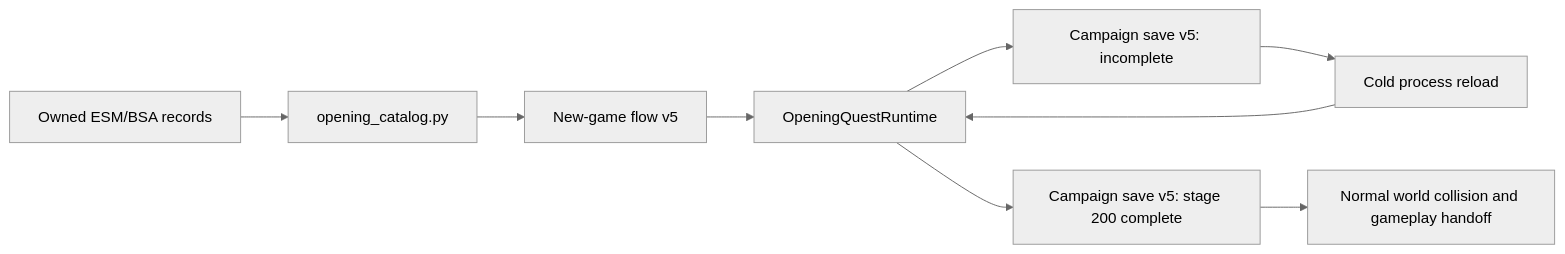
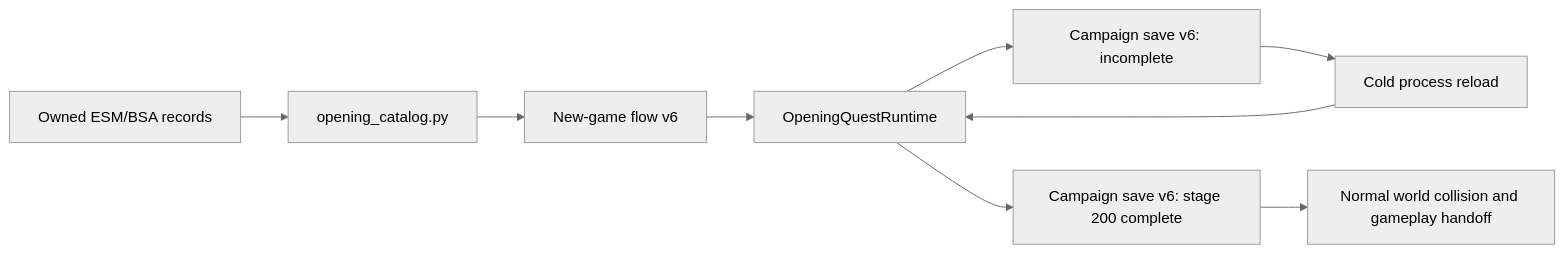
The fifth of 6 diagrams in docs/architecture.md (nikamigaming-create/OpenNV), drawn with Mermaid (neutral theme) before and after one commit. The commit also changed other lines of this file and 1 other file, not shown here.

Commit message:
docs: preserve nightly OpenNV checkpoint

````diff
--- a/docs/architecture.md
+++ b/docs/architecture.md
@@ -207,11 +215,11 @@
 ```mermaid
 flowchart LR
     Owned[Owned ESM/BSA records] --> Compiler[opening_catalog.py]
-    Compiler --> Flow[New-game flow v5]
+    Compiler --> Flow[New-game flow v6]
     Flow --> Interpreter[OpeningQuestRuntime]
-    Interpreter --> Checkpoint[Campaign save v5: incomplete]
+    Interpreter --> Checkpoint[Campaign save v6: incomplete]
     Checkpoint --> Reload[Cold process reload]
     Reload --> Interpreter
-    Interpreter --> Complete[Campaign save v5: stage 200 complete]
+    Interpreter --> Complete[Campaign save v6: stage 200 complete]
     Complete --> World[Normal world collision and gameplay handoff]
 ```
````
